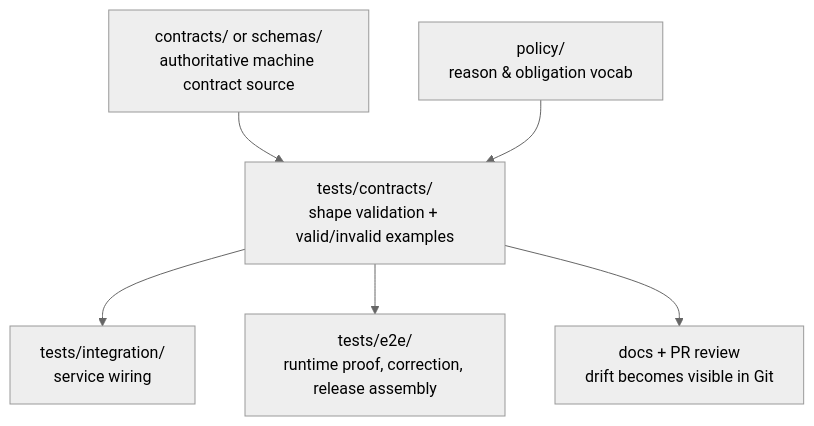
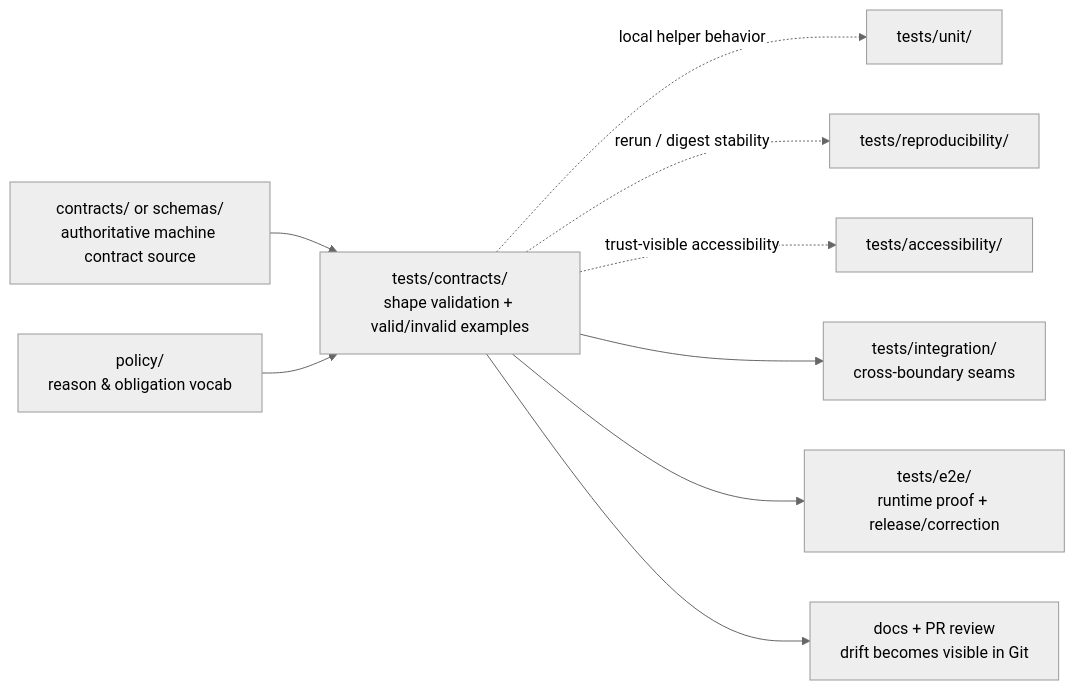
Before and after one commit to bartytime4life/Kansas-Frontier-Matrix: the diagram in tests/contracts/README.md, drawn with Mermaid (neutral theme). The commit also changed other lines of this file, not shown here.

````diff
--- a/tests/contracts/README.md
+++ b/tests/contracts/README.md
@@ -324,8 +406,11 @@
 ```mermaid
-flowchart TD
-    A[contracts/ or schemas/<br/>authoritative machine contract source] --> B[tests/contracts/<br/>shape validation + valid/invalid examples]
-    P[policy/<br/>reason & obligation vocab] --> B
-    B --> I[tests/integration/<br/>service wiring]
-    B --> E[tests/e2e/<br/>runtime proof, correction, release assembly]
-    B --> D[docs + PR review<br/>drift becomes visible in Git]
+flowchart LR
+    A[contracts/ or schemas/<br/>authoritative machine contract source] --> C[tests/contracts/<br/>shape validation + valid/invalid examples]
+    P[policy/<br/>reason & obligation vocab] --> C
+    C -. local helper behavior .-> U[tests/unit/]
+    C -. rerun / digest stability .-> R[tests/reproducibility/]
+    C -. trust-visible accessibility .-> X[tests/accessibility/]
+    C --> I[tests/integration/<br/>cross-boundary seams]
+    C --> E[tests/e2e/<br/>runtime proof + release/correction]
+    C --> D[docs + PR review<br/>drift becomes visible in Git]
 ```
````
